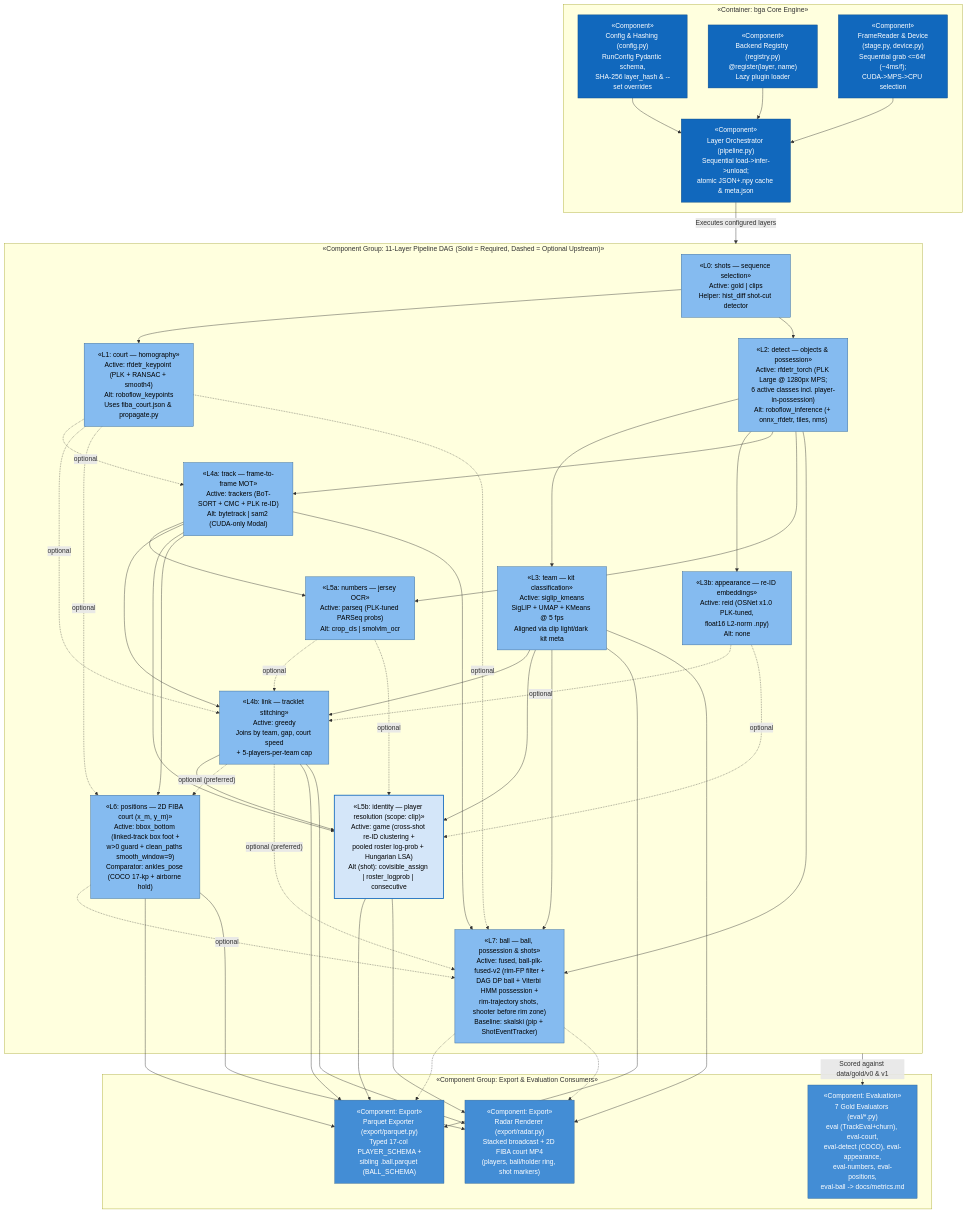
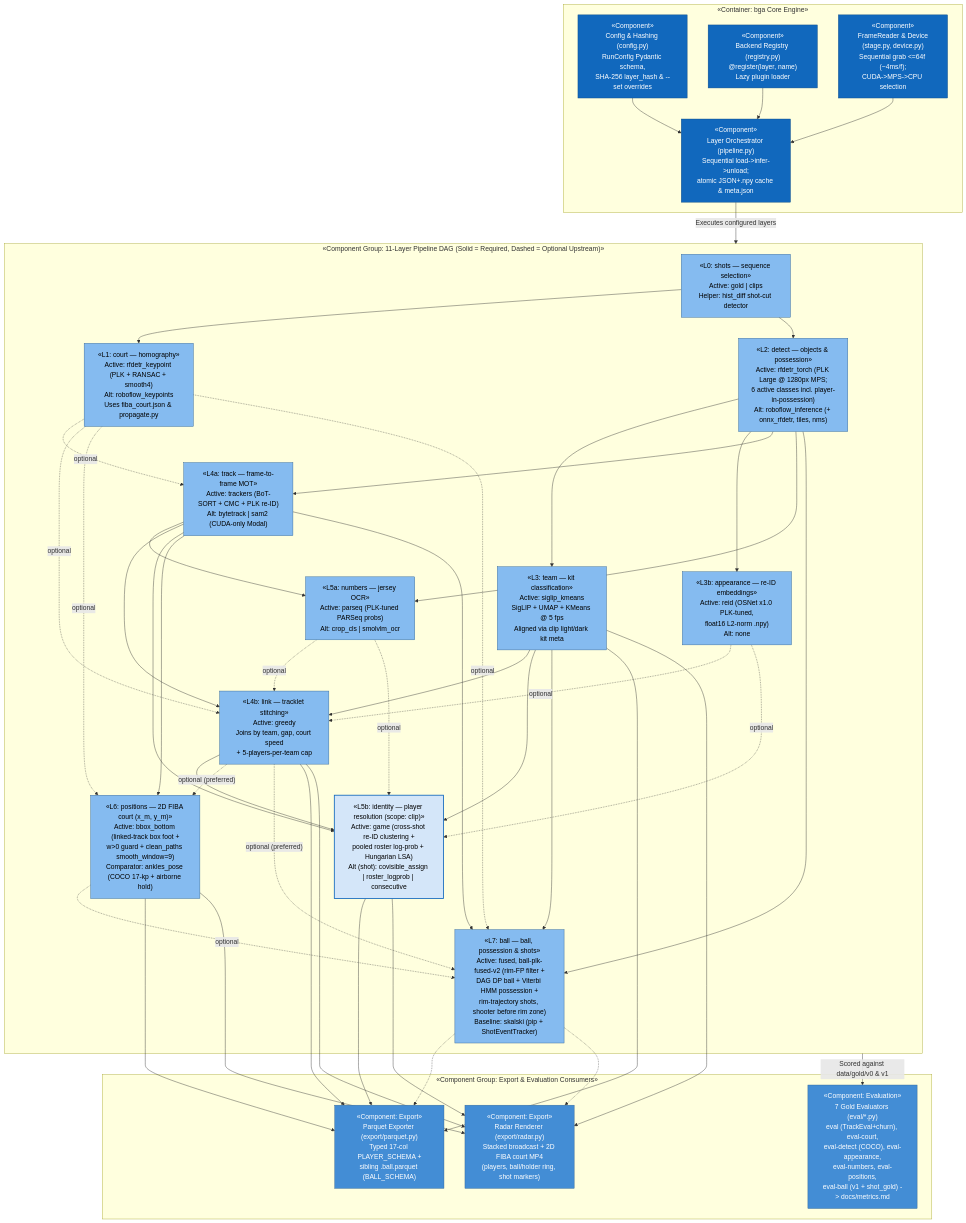
One commit to tko-ventures/basketball-game-analyzer changed the third of 6 diagrams in docs/architecture-c4-view.md. Above: the diagram before and after it, drawn with Mermaid. The commit also changed other lines of this file and 24 other files, not shown here.

First line of the commit message:
Shot gold (#40): 26 more Layer 7 gold shots, /shotgold labeller, and expanded eval-ball baselines (#45)

```diff
--- a/docs/architecture-c4-view.md
+++ b/docs/architecture-c4-view.md
@@ -203,7 +203,7 @@
     subgraph consumers["«Component Group: Export & Evaluation Consumers»"]
         exp_pq["«Component: Export»\nParquet Exporter (export/parquet.py)\nTyped 17-col PLAYER_SCHEMA +\nsibling .ball.parquet (BALL_SCHEMA)"]:::output
         exp_rad["«Component: Export»\nRadar Renderer (export/radar.py)\nStacked broadcast + 2D FIBA court MP4\n(players, ball/holder ring, shot markers)"]:::output
-        eval_mod["«Component: Evaluation»\n7 Gold Evaluators (eval/*.py)\neval (TrackEval+churn), eval-court,\neval-detect (COCO), eval-appearance,\neval-numbers, eval-positions,\neval-ball -> docs/metrics.md"]:::output
+        eval_mod["«Component: Evaluation»\n7 Gold Evaluators (eval/*.py)\neval (TrackEval+churn), eval-court,\neval-detect (COCO), eval-appearance,\neval-numbers, eval-positions,\neval-ball (v1 + shot_gold) -> docs/metrics.md"]:::output
     end
 
     orch -->|"Executes configured layers"| dag
```
